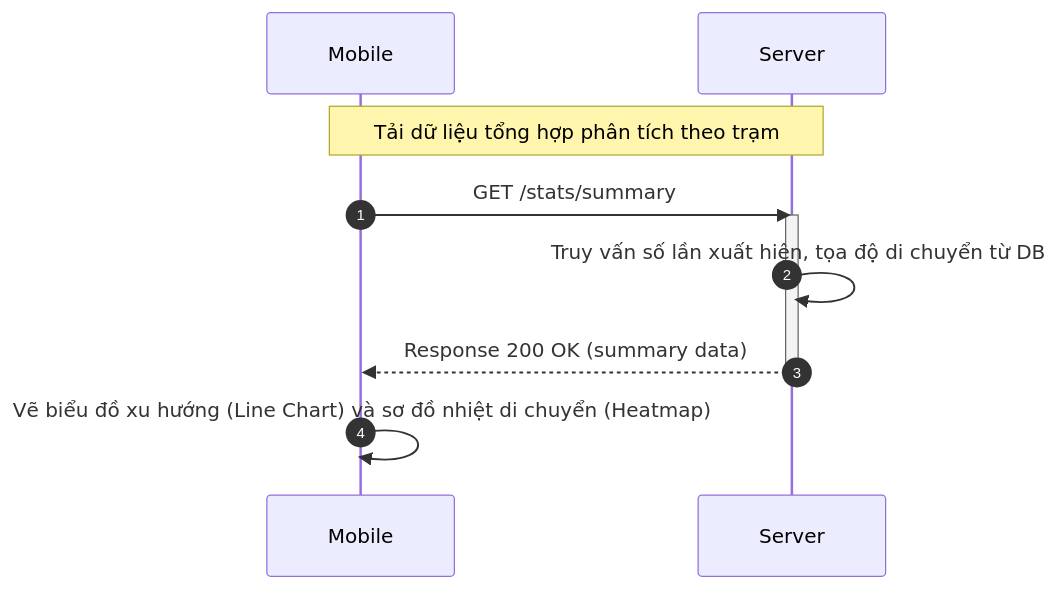
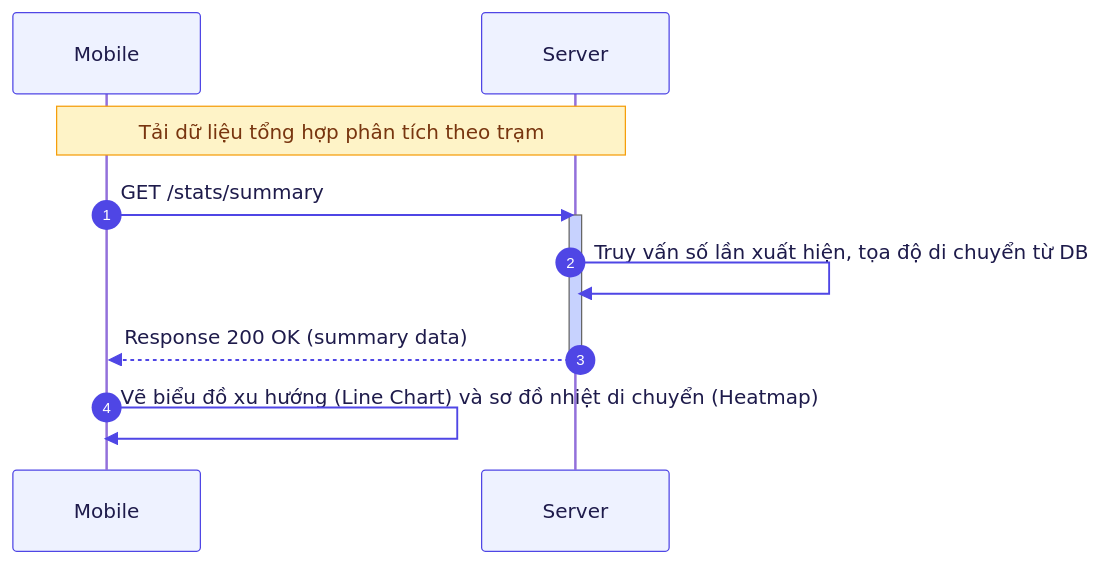
The eighth of 18 diagrams in docs/04-sequence-diagram.md (trungnguyenthien/Wildlife-Warning-and-Deterrence-System), drawn with Mermaid before and after one commit. The commit also changed other lines of this file and 1 other file, not shown here.

Commit message:
docs: update sequence diagram and add mermaid style guide documentation

````diff
--- a/docs/04-sequence-diagram.md
+++ b/docs/04-sequence-diagram.md
@@ -341,14 +551,44 @@
 ```mermaid
+%%{init: {
+  'theme': 'default',
+  'sequence': {
+    'rightAngles': true,
+    'messageAlign': 'left',
+    'messageMargin': 40,
+    'actorMargin': 80
+  },
+  'themeVariables': {
+    'primaryColor': '#EEF2FF',
+    'primaryTextColor': '#1E1B4B',
+    'primaryBorderColor': '#6366F1',
+    'lineColor': '#4F46E5',
+    'secondaryColor': '#F0FDFA',
+    'actorBkg': '#EEF2FF',
+    'actorBorder': '#4F46E5',
+    'actorTextColor': '#1E1B4B',
+    'signalColor': '#4F46E5',
+    'signalTextColor': '#1E1B4B',
+    'labelBoxBkgColor': '#F8FAFC',
+    'labelBoxBorderColor': '#818CF8',
+    'labelTextColor': '#0F172A',
+    'loopTextColor': '#4F46E5',
+    'noteBkgColor': '#FEF3C7',
+    'noteTextColor': '#78350F',
+    'noteBorderColor': '#F59E0B',
+    'activationBkgColor': '#C7D2FE',
+    'sequenceNumberColor': '#FFFFFF'
+  }
+}}%%
 sequenceDiagram
     autonumber
     participant Mobile as Mobile
     participant Server as Server
 
     Note over Mobile, Server: Tải dữ liệu tổng hợp phân tích theo trạm
     Mobile->>Server: GET /stats/summary
     activate Server
     Server->>Server: Truy vấn số lần xuất hiện, tọa độ di chuyển từ DB
     Server-->>Mobile: Response 200 OK (summary data)
     deactivate Server
     Mobile->>Mobile: Vẽ biểu đồ xu hướng (Line Chart) và sơ đồ nhiệt di chuyển (Heatmap)
 ```
````
